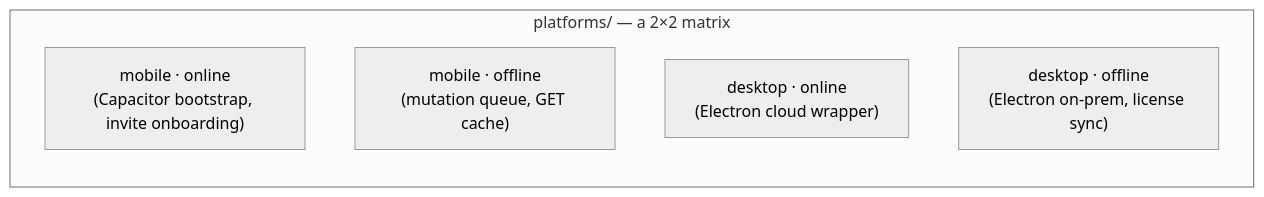
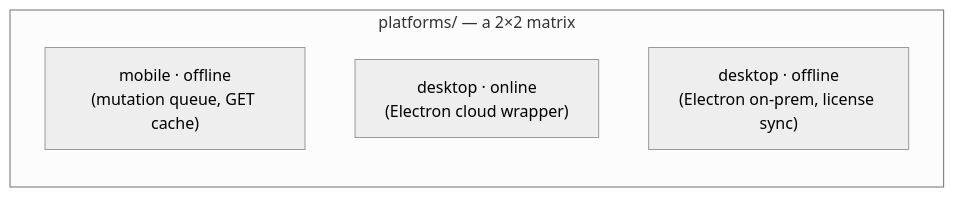
The second of 2 diagrams in engineering-academy/docs/overview/folder-structure.md (prathame/DG-ERP), drawn with Mermaid (neutral theme) before and after one commit. The commit also changed other lines of this file and 65 other files, not shown here.

````diff
--- a/engineering-academy/docs/overview/folder-structure.md
+++ b/engineering-academy/docs/overview/folder-structure.md
@@ -120,10 +114,9 @@
 ```mermaid
 flowchart LR
     subgraph Matrix["platforms/ — a 2×2 matrix"]
         direction TB
-        A["mobile · online<br/>(Capacitor bootstrap, invite onboarding)"]
         B["mobile · offline<br/>(mutation queue, GET cache)"]
         C["desktop · online<br/>(Electron cloud wrapper)"]
         D["desktop · offline<br/>(Electron on-prem, license sync)"]
     end
 ```
````
